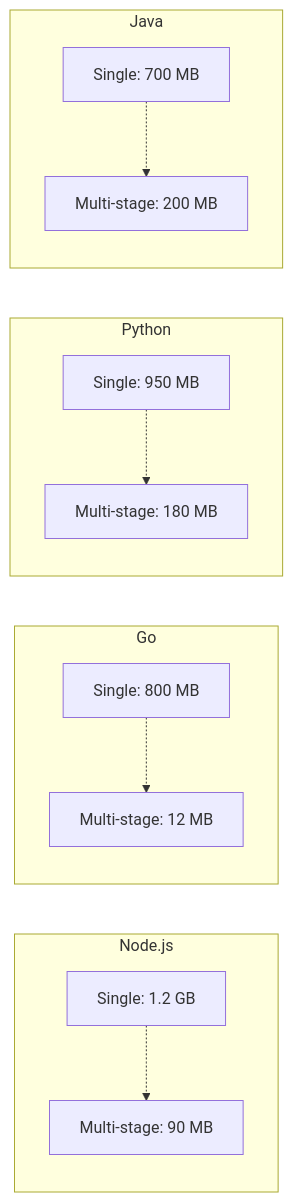
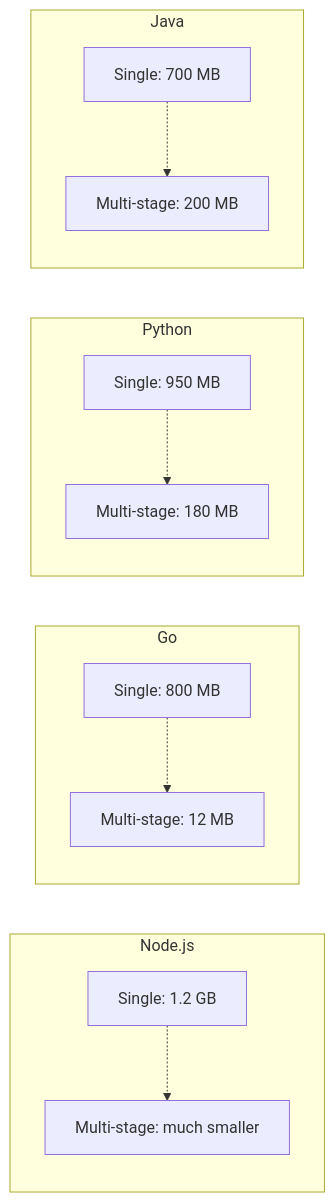
Before and after one commit to OneUptime/blog: the third of 3 diagrams in posts/2026-02-20-docker-multi-stage-builds/README.md, drawn with Mermaid. The commit also changed other lines of this file and 2 other files, not shown here.

Commit message:
validate: 2026-02-20-docker-multi-stage-builds

````diff
--- a/posts/2026-02-20-docker-multi-stage-builds/README.md
+++ b/posts/2026-02-20-docker-multi-stage-builds/README.md
@@ -254,15 +255,15 @@
 ```mermaid
 graph LR
     subgraph "Node.js"
-        A1["Single: 1.2 GB"] -.-> A2["Multi-stage: 90 MB"]
+        A1["Single: 1.2 GB"] -.-> A2["Multi-stage: much smaller"]
     end
     subgraph "Go"
         B1["Single: 800 MB"] -.-> B2["Multi-stage: 12 MB"]
     end
     subgraph "Python"
         C1["Single: 950 MB"] -.-> C2["Multi-stage: 180 MB"]
     end
     subgraph "Java"
         D1["Single: 700 MB"] -.-> D2["Multi-stage: 200 MB"]
     end
 ```
````
